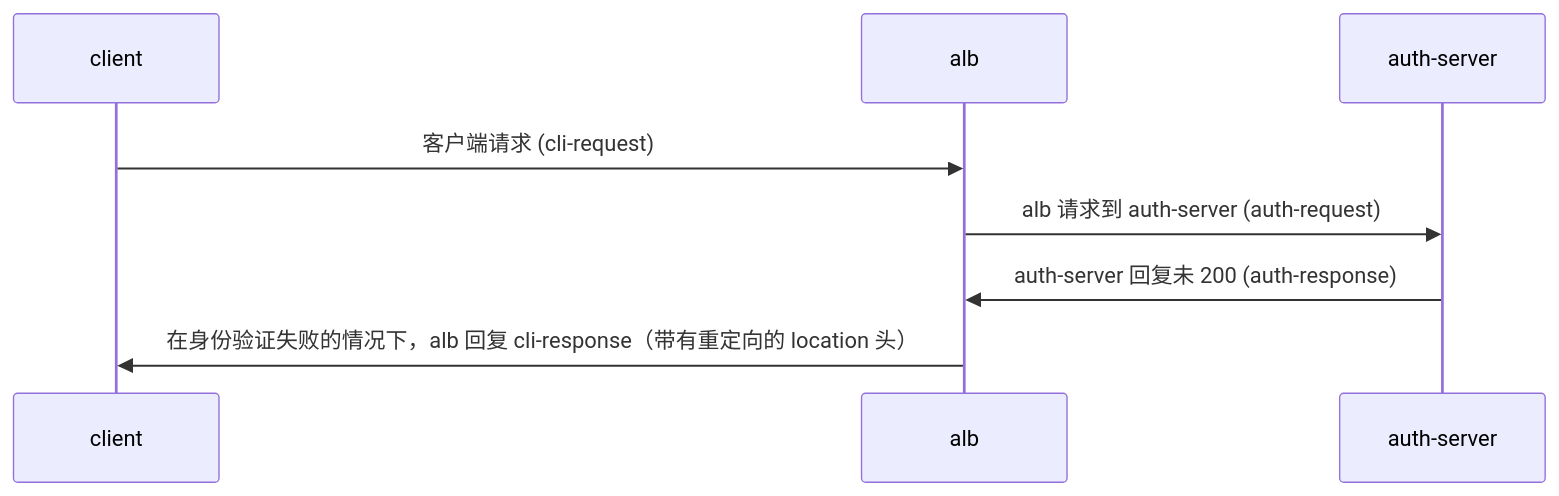
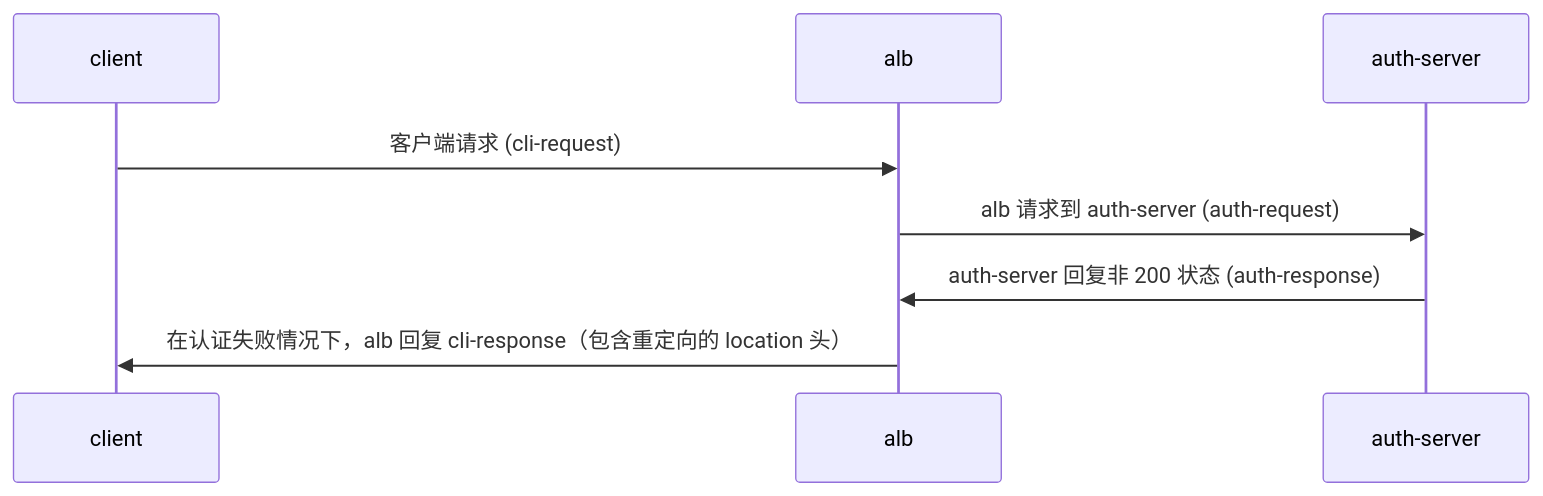
Before and after one commit to alauda/acp-docs: the third of 4 diagrams in docs/zh/configure/networking/functions/auth.mdx, drawn with Mermaid. The commit also changed other lines of this file and 590 other files, not shown here.

````diff
--- a/docs/zh/configure/networking/functions/auth.mdx
+++ b/docs/zh/configure/networking/functions/auth.mdx
@@ -256,7 +272,7 @@
 ```mermaid
 sequenceDiagram
 client ->> alb: 客户端请求 (cli-request)
 alb ->> auth-server: alb 请求到 auth-server (auth-request)
-auth-server ->> alb: auth-server 回复未 200 (auth-response)
-alb ->> client: 在身份验证失败的情况下，alb 回复 cli-response（带有重定向的 location 头）
+auth-server ->> alb: auth-server 回复非 200 状态 (auth-response)
+alb ->> client: 在认证失败情况下，alb 回复 cli-response（包含重定向的 location 头）
 ```
````
